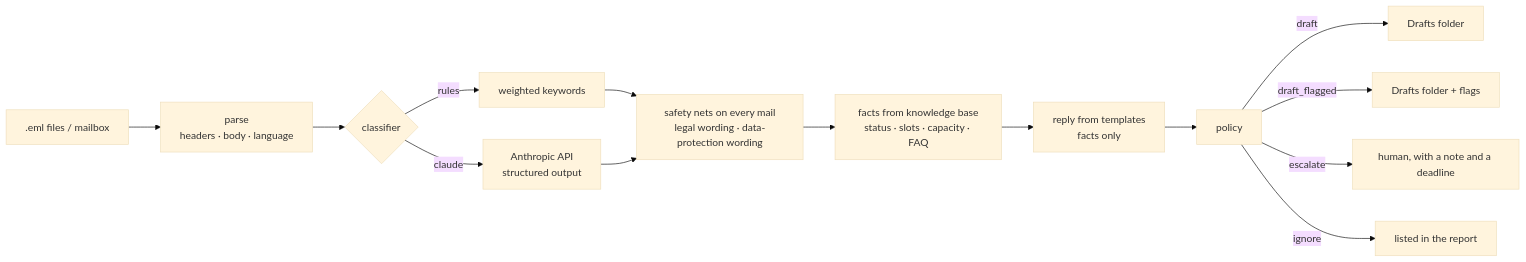
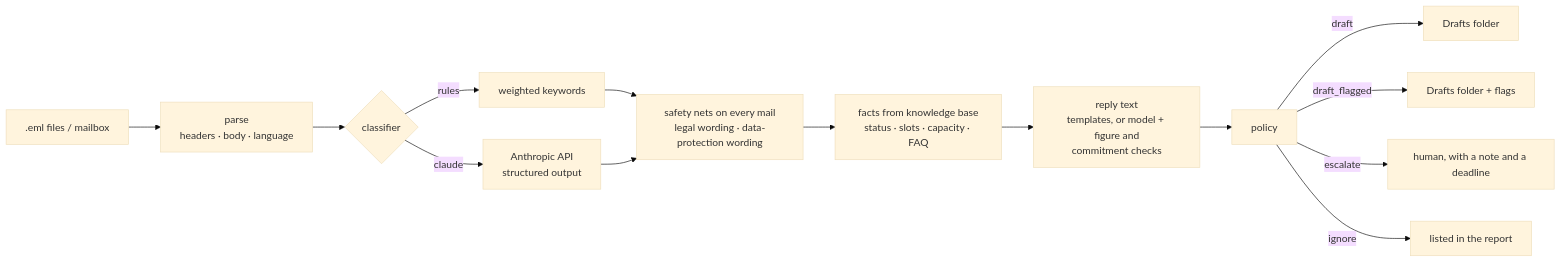
Before and after one commit to nikita-automation/email-triage-assistant: the diagram in README.md, drawn with Mermaid (base theme). The commit also changed other lines of this file and 10 other files, not shown here.

First line of the commit message:
Add model-written reply drafts with code-side checks (--drafter claude)

````diff
--- a/README.md
+++ b/README.md
@@ -48,16 +50,16 @@
 ```mermaid
 flowchart LR
     I[.eml files / mailbox] --> P[parse<br/>headers · body · language]
     P --> C{classifier}
     C -->|rules| R[weighted keywords]
     C -->|claude| M[Anthropic API<br/>structured output]
     R --> N
     M --> N[safety nets on every mail<br/>legal wording · data-protection wording]
     N --> F[facts from knowledge base<br/>status · slots · capacity · FAQ]
-    F --> T[reply from templates<br/>facts only]
+    F --> T[reply text<br/>templates, or model + figure and<br/>commitment checks]
     T --> D[policy]
     D -->|draft| A[Drafts folder]
     D -->|draft_flagged| B[Drafts folder + flags]
     D -->|escalate| H[human, with a note and a deadline]
     D -->|ignore| S[listed in the report]
 ```
````
